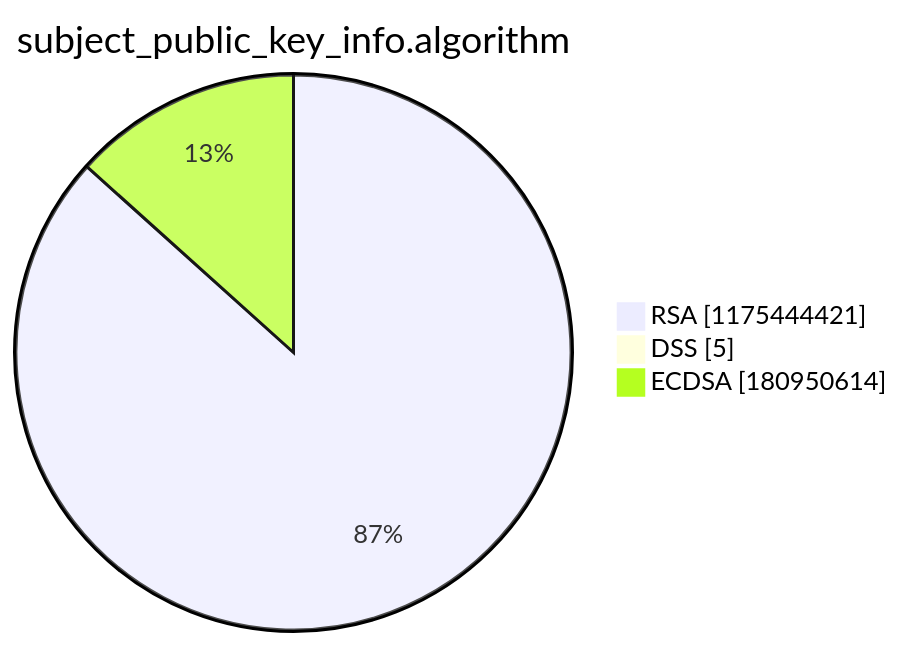
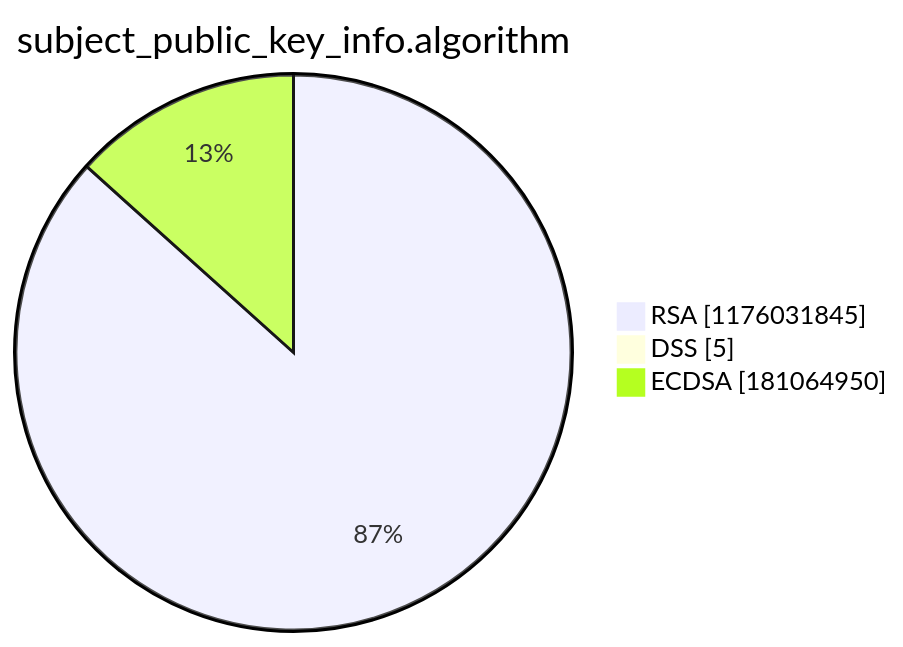
One commit to christiankrug/ctmonitor_visualization changed the third of 15 diagrams in argon2022/README.md. Above: the diagram before and after it, drawn with Mermaid. The commit also changed other lines of this file, not shown here.

````diff
--- a/argon2022/README.md
+++ b/argon2022/README.md
@@ -14,7 +14,7 @@
 ```mermaid
 pie showData
 title subject_public_key_info.algorithm
-"RSA" :1175444421
+"RSA" :1176031845
 "DSS" :5
-"ECDSA" :180950614
+"ECDSA" :181064950
 ```
````
